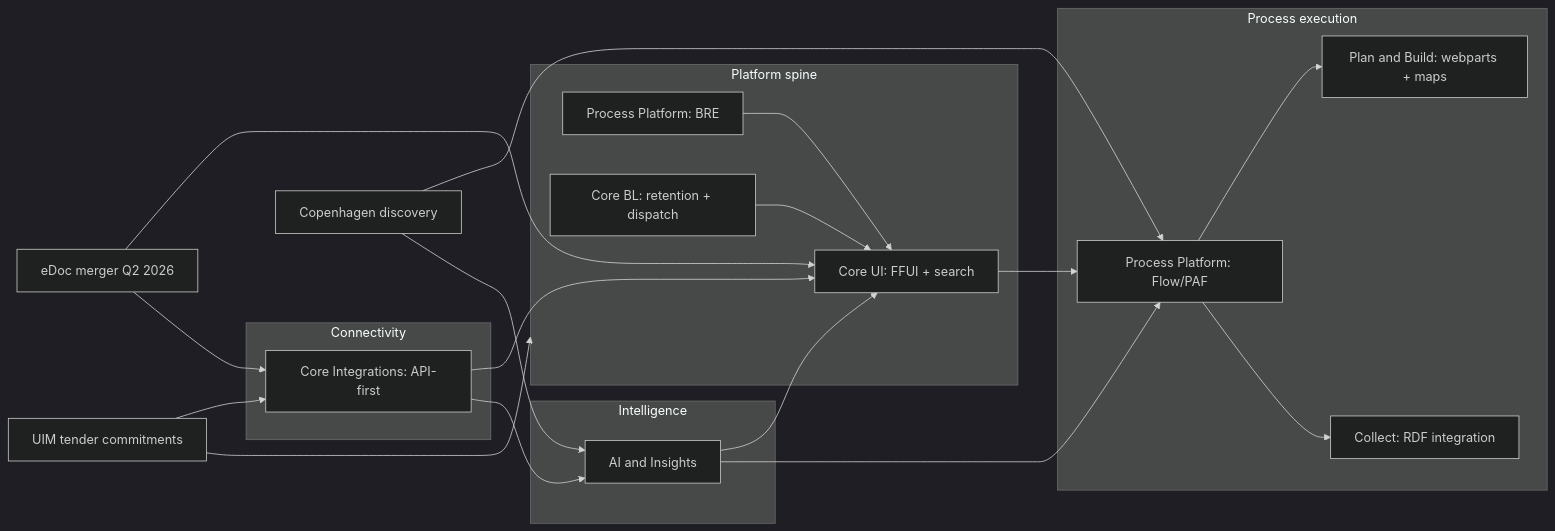
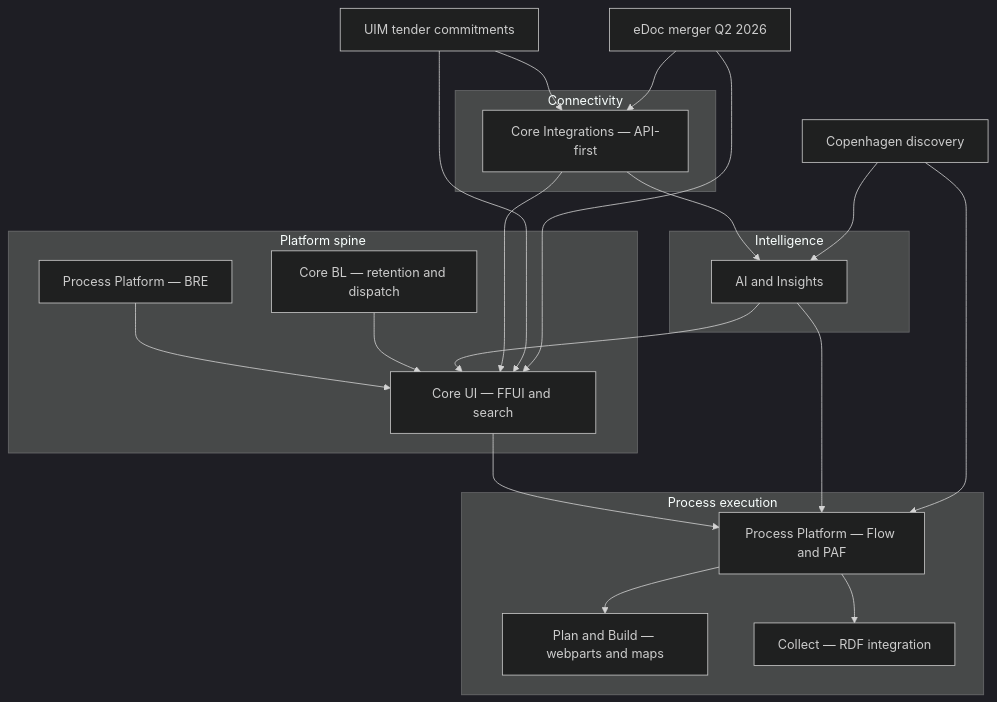
The second of 2 diagrams in docs/product-strategy/team-objectives-strategy-brief-2026.md (mortenwj/PM_productivity), drawn with Mermaid (dark theme) before and after one commit. The commit also changed other lines of this file and 5 other files, not shown here.

````diff
--- a/docs/product-strategy/team-objectives-strategy-brief-2026.md
+++ b/docs/product-strategy/team-objectives-strategy-brief-2026.md
@@ -482,39 +482,39 @@
 ```mermaid
-flowchart LR
-    subgraph platform [Platform spine]
-        CU[Core UI: FFUI + search]
-        PP[Process Platform: BRE]
-        CBL[Core BL: retention + dispatch]
+flowchart TB
+    subgraph platform["Platform spine"]
+        CU["Core UI — FFUI and search"]
+        PP["Process Platform — BRE"]
+        CBL["Core BL — retention and dispatch"]
     end
 
-    subgraph execution [Process execution]
-        FLOW[Process Platform: Flow/PAF]
-        PNB[Plan and Build: webparts + maps]
-        COL[Collect: RDF integration]
+    subgraph execution["Process execution"]
+        FLOW["Process Platform — Flow and PAF"]
+        PNB["Plan and Build — webparts and maps"]
+        COL["Collect — RDF integration"]
     end
 
-    subgraph intelligence [Intelligence]
-        AI[AI and Insights]
+    subgraph intelligence["Intelligence"]
+        AI["AI and Insights"]
     end
 
-    subgraph connect [Connectivity]
-        INT[Core Integrations: API-first]
+    subgraph connect["Connectivity"]
+        INT["Core Integrations — API-first"]
     end
 
     CU --> FLOW
     PP --> CU
     CBL --> CU
     FLOW --> PNB
     FLOW --> COL
     AI --> CU
     AI --> FLOW
     INT --> CU
     INT --> AI
 
-    UIM[UIM tender commitments] --> platform
+    UIM["UIM tender commitments"] --> CU
     UIM --> INT
-    CPH[Copenhagen discovery] --> FLOW
+    CPH["Copenhagen discovery"] --> FLOW
     CPH --> AI
-    EDOC[eDoc merger Q2 2026] --> CU
+    EDOC["eDoc merger Q2 2026"] --> CU
     EDOC --> INT
 ```
````
